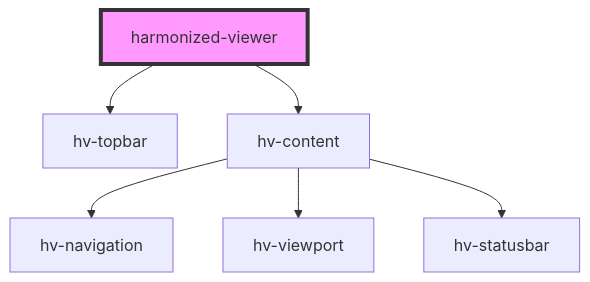
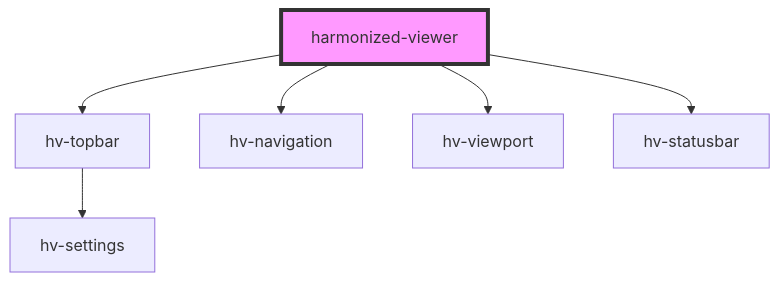
Before and after one commit to bac-lac/lac-harmonized-viewer: the diagram in src/components/viewer-component/readme.md, drawn with Mermaid. The commit also changed other lines of this file and 9 other files, not shown here.

````diff
--- a/src/components/viewer-component/readme.md
+++ b/src/components/viewer-component/readme.md
@@ -24,9 +36,9 @@
 ```mermaid
 graph TD;
   harmonized-viewer --> hv-topbar
-  harmonized-viewer --> hv-content
-  hv-content --> hv-navigation
-  hv-content --> hv-viewport
-  hv-content --> hv-statusbar
+  harmonized-viewer --> hv-navigation
+  harmonized-viewer --> hv-viewport
+  harmonized-viewer --> hv-statusbar
+  hv-topbar --> hv-settings
   style harmonized-viewer fill:#f9f,stroke:#333,stroke-width:4px
 ```
````
